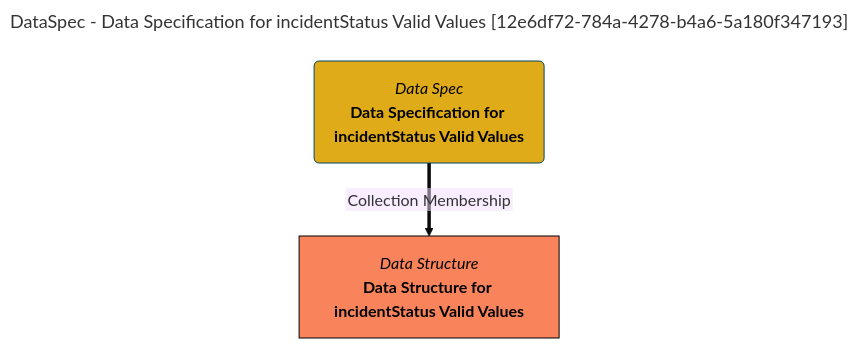
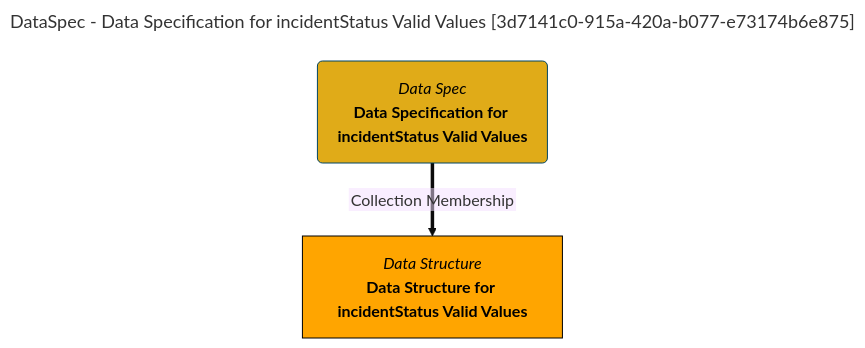
Before and after one commit to odpi/egeria-docs: the diagram in site/snippets/collections/data-specs/data-specification-for-incidentstatus-valid-values-mermaid-graph.md, drawn with Mermaid (base theme). The commit also changed 2201 other files, not shown here.

````diff
--- a/site/snippets/collections/data-specs/data-specification-for-incidentstatus-valid-values-mermaid-graph.md
+++ b/site/snippets/collections/data-specs/data-specification-for-incidentstatus-valid-values-mermaid-graph.md
@@ -1,15 +1,15 @@
 ```mermaid
 ---
-title: DataSpec - Data Specification for incidentStatus Valid Values [12e6df72-784a-4278-b4a6-5a180f347193]
+title: DataSpec - Data Specification for incidentStatus Valid Values [3d7141c0-915a-420a-b077-e73174b6e875]
 ---
 flowchart TD
 %%{init: {"flowchart": {"htmlLabels": false}} }%%
 
 1@{ shape: rounded, label: "*Data Spec*
 **Data Specification for incidentStatus Valid Values**"}
 2@{ shape: rect, label: "*Data Structure*
 **Data Structure for incidentStatus Valid Values**"}
 1==>|"Collection Membership"|2
 style 1 color:#000000, fill:#e0ab18, stroke:#004563
-style 2 color:#000000, fill:#f9845b, stroke:#000000
+style 2 color:#000000, fill:#FFA500, stroke:#000000
 ```
````
